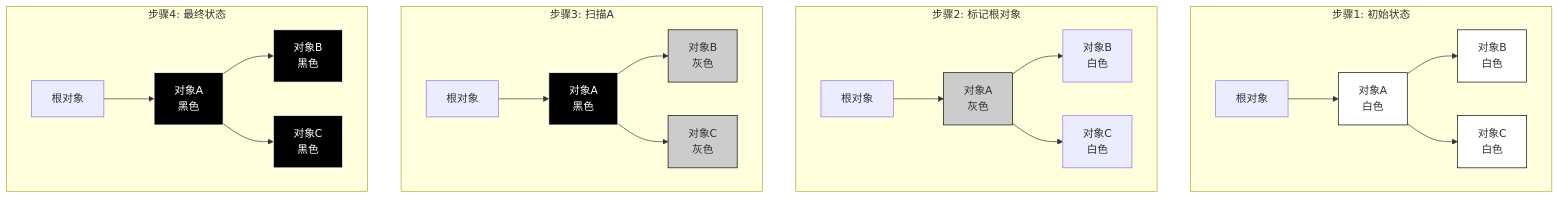
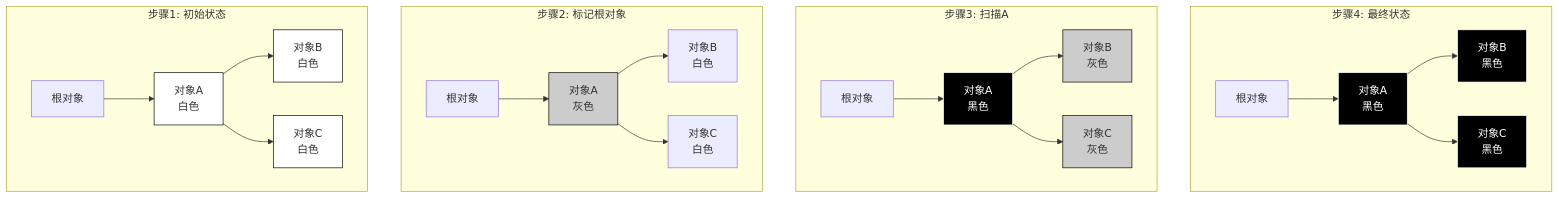
The third of 39 diagrams in _posts/golang/垃圾回收器.md (djaigoo/blog), drawn with Mermaid before and after one commit. The commit also changed other lines of this file and 6 other files, not shown here.

````diff
--- a/_posts/golang/垃圾回收器.md
+++ b/_posts/golang/垃圾回收器.md
@@ -92,53 +91,51 @@
 ```mermaid
 graph TD
-    subgraph "步骤1: 初始状态"
-        A1[对象A<br/>白色]
-        A2[对象B<br/>白色]
-        A3[对象C<br/>白色]
-        Root1[根对象]
-        Root1 --> A1
-        A1 --> A2
-        A1 --> A3
+    
+    subgraph "步骤4: 最终状态"
+        D1[对象A<br/>黑色]
+        D2[对象B<br/>黑色]
+        D3[对象C<br/>黑色]
+        Root4[根对象]
+        Root4 --> D1
+        D1 --> D2
+        D1 --> D3
     end
-    
+    subgraph "步骤3: 扫描A"
+        C1[对象A<br/>黑色]
+        C2[对象B<br/>灰色]
+        C3[对象C<br/>灰色]
+        Root3[根对象]
+        Root3 --> C1
+        C1 --> C2
+        C1 --> C3
+    end
     subgraph "步骤2: 标记根对象"
         B1[对象A<br/>灰色]
         B2[对象B<br/>白色]
         B3[对象C<br/>白色]
         Root2[根对象]
         Root2 --> B1
         B1 --> B2
         B1 --> B3
     end
-    
-    subgraph "步骤3: 扫描A"
-        C1[对象A<br/>黑色]
-        C2[对象B<br/>灰色]
-        C3[对象C<br/>灰色]
-        Root3[根对象]
-        Root3 --> C1
-        C1 --> C2
-        C1 --> C3
-    end
-    
-    subgraph "步骤4: 最终状态"
-        D1[对象A<br/>黑色]
-        D2[对象B<br/>黑色]
-        D3[对象C<br/>黑色]
-        Root4[根对象]
-        Root4 --> D1
-        D1 --> D2
-        D1 --> D3
+    subgraph "步骤1: 初始状态"
+        A1[对象A<br/>白色]
+        A2[对象B<br/>白色]
+        A3[对象C<br/>白色]
+        Root1[根对象]
+        Root1 --> A1
+        A1 --> A2
+        A1 --> A3
     end
     
     style A1 fill:#ffffff,stroke:#000000
     style A2 fill:#ffffff,stroke:#000000
     style A3 fill:#ffffff,stroke:#000000
     style B1 fill:#cccccc,stroke:#000000
     style C1 fill:#000000,stroke:#ffffff,color:#ffffff
     style C2 fill:#cccccc,stroke:#000000
     style C3 fill:#cccccc,stroke:#000000
     style D1 fill:#000000,stroke:#ffffff,color:#ffffff
     style D2 fill:#000000,stroke:#ffffff,color:#ffffff
     style D3 fill:#000000,stroke:#ffffff,color:#ffffff
 ```
````
